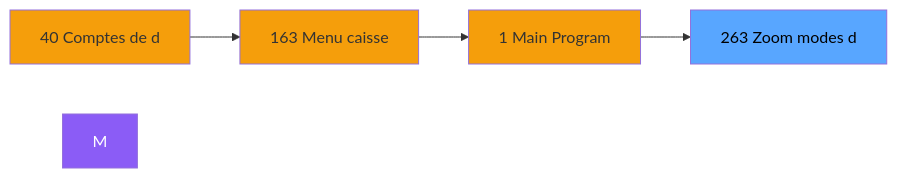
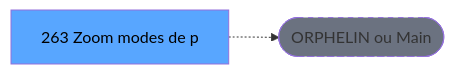
The second of 3 diagrams in .openspec/specs/ADH-IDE-263.md (thonyAGP/lecteur-magic), drawn with Mermaid before and after one commit. The commit also changed other lines of this file and 701 other files, not shown here.

````diff
--- a/.openspec/specs/ADH-IDE-263.md
+++ b/.openspec/specs/ADH-IDE-263.md
@@ -111,15 +117,8 @@
 ```mermaid
 graph LR
-    N40[40 Comptes de d]
-    N163[163 Menu caisse ]
-    N1[1 Main Program]
-    T[263 Zoom modes d]
-    N40 --> N163
-    N163 --> N1
-    N1 --> T
-    style M fill:#8b5cf6,color:#fff
-    style N40 fill:#f59e0b
-    style N163 fill:#f59e0b
-    style N1 fill:#f59e0b
+    T[263 Zoom modes de p]
+    ORPHAN([ORPHELIN ou Main])
+    T -.-> ORPHAN
     style T fill:#58a6ff,color:#000
+    style ORPHAN fill:#6b7280,stroke-dasharray: 5 5
 ```
````
